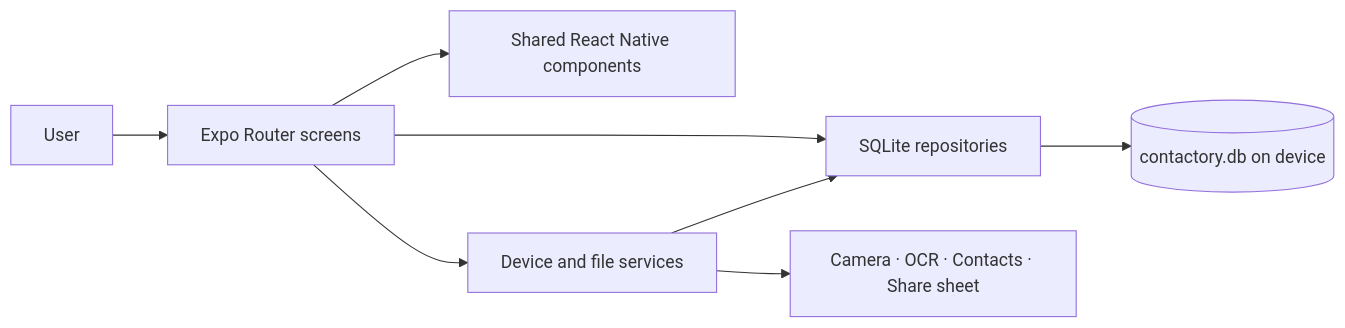
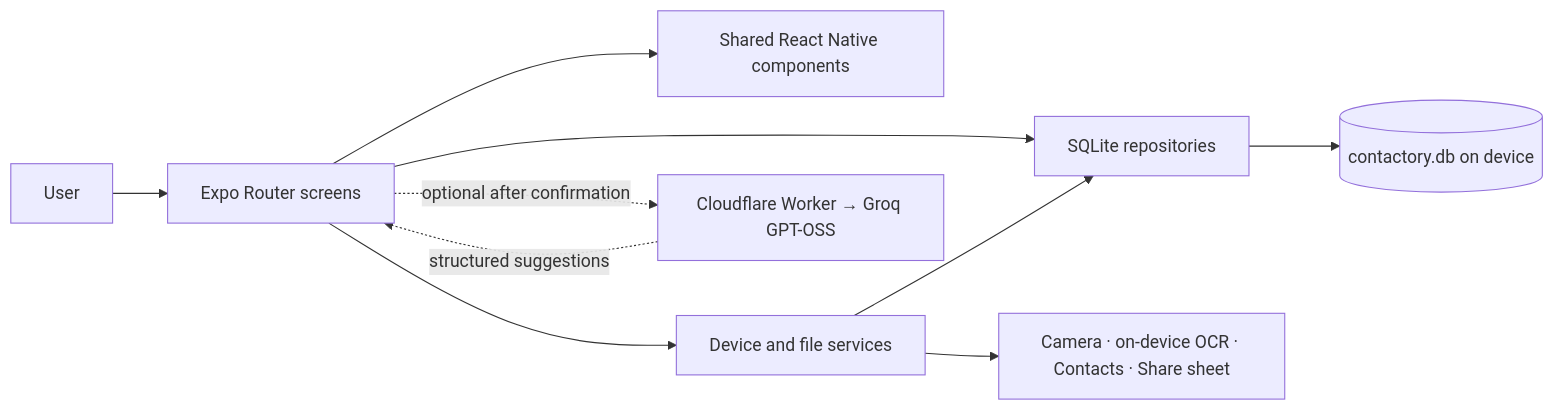
Before and after one commit to Aryan246cs/contactory: the first of 3 diagrams in PROJECT_ARCHITECTURE.md, drawn with Mermaid. The commit also changed other lines of this file and 12 other files, not shown here.

````diff
--- a/PROJECT_ARCHITECTURE.md
+++ b/PROJECT_ARCHITECTURE.md
@@ -7,10 +7,12 @@
 ```mermaid
 flowchart LR
   Person[User] --> Routes[Expo Router screens]
   Routes --> Components[Shared React Native components]
   Routes --> Services[Device and file services]
   Routes --> Repositories[SQLite repositories]
-  Services --> Native[Camera · OCR · Contacts · Share sheet]
+  Services --> Native[Camera · on-device OCR · Contacts · Share sheet]
+  Routes -. optional after confirmation .-> Groq[Cloudflare Worker → Groq GPT-OSS]
+  Groq -. structured suggestions .-> Routes
   Services --> Repositories
   Repositories --> SQLite[(contactory.db on device)]
 ```
````
